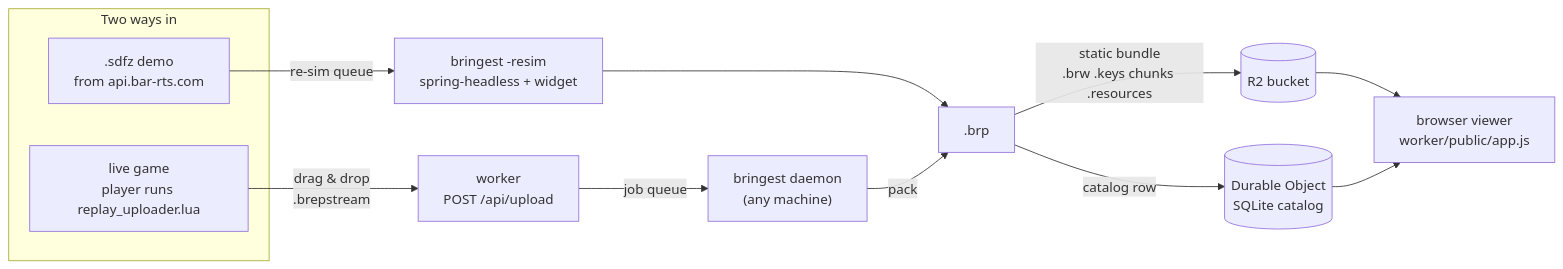
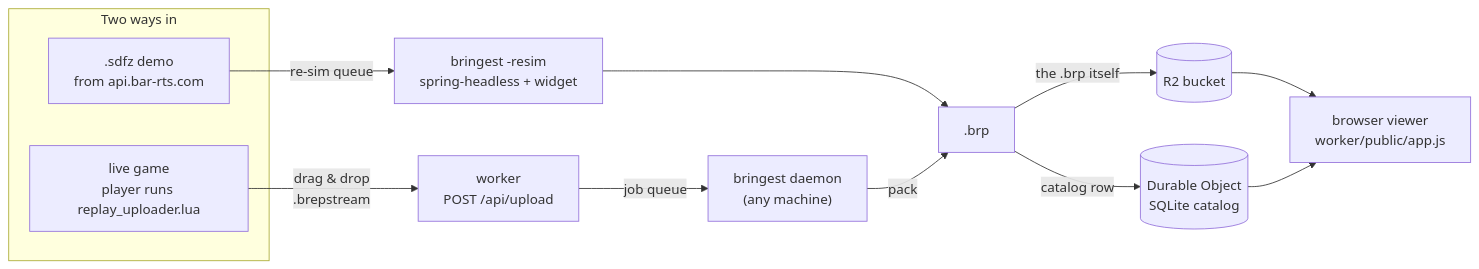
The diagram in README.md (mabn/barreplay), drawn with Mermaid before and after one commit. The commit also changed other lines of this file and 23 other files, not shown here.

````diff
--- a/README.md
+++ b/README.md
@@ -25,18 +25,18 @@
 ```mermaid
 flowchart LR
     subgraph sources [Two ways in]
         live["live game<br/>player runs replay_uploader.lua"]
         sdfz[".sdfz demo<br/>from api.bar-rts.com"]
     end
 
     live -->|"drag & drop<br/>.brepstream"| upload["worker<br/>POST /api/upload"]
     upload -->|"job queue"| bringest["bringest daemon<br/>(any machine)"]
     sdfz -->|"re-sim queue"| resim["bringest -resim<br/>spring-headless + widget"]
     resim --> brp
     bringest -->|"pack"| brp[".brp"]
 
-    brp -->|"static bundle<br/>.brw .keys chunks .resources"| r2[("R2 bucket")]
+    brp -->|"the .brp itself"| r2[("R2 bucket")]
     brp -->|"catalog row"| do[("Durable Object<br/>SQLite catalog")]
     r2 --> viewer["browser viewer<br/>worker/public/app.js"]
     do --> viewer
 ```
````
